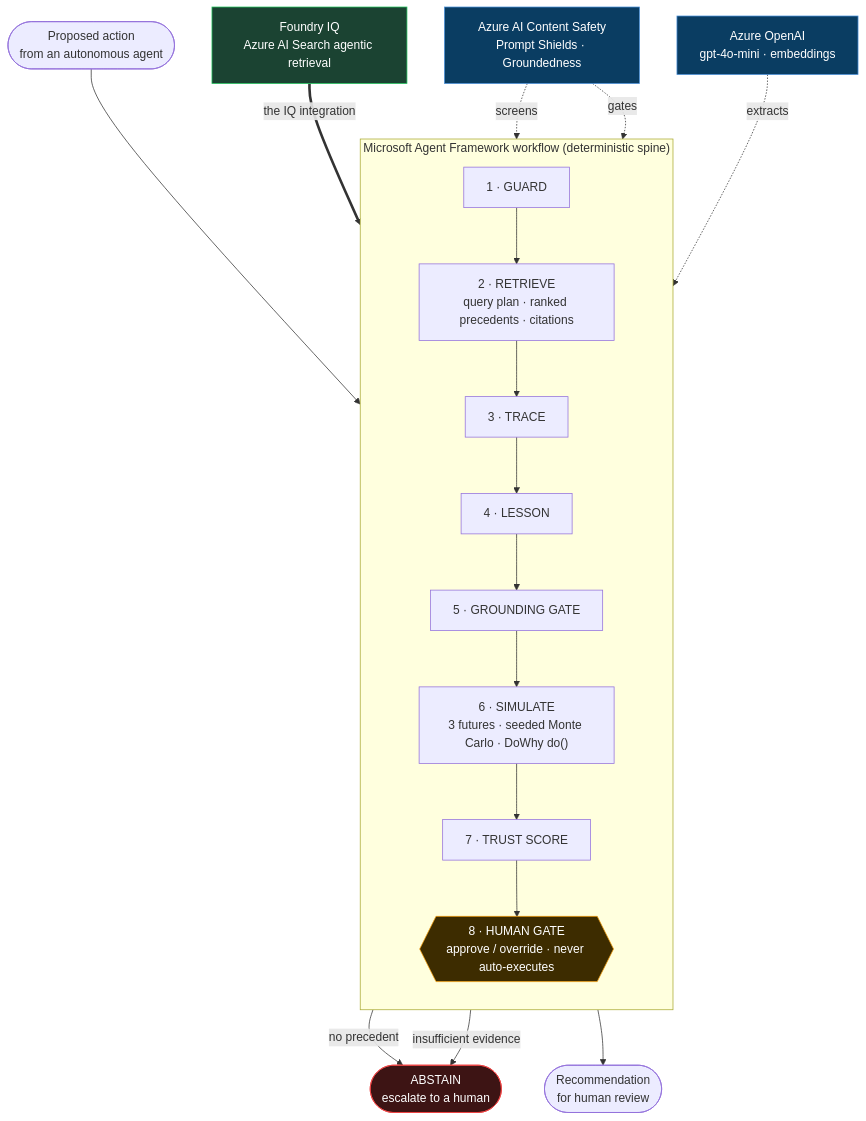
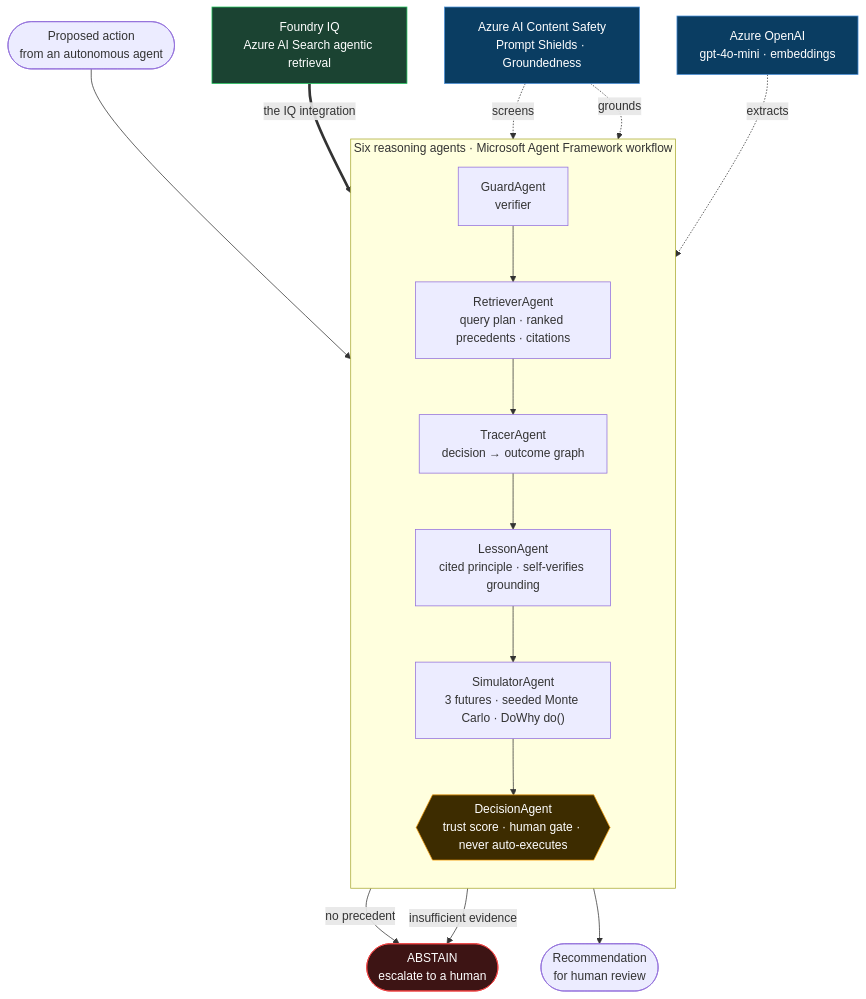
Before and after one commit to vighriday/janus: the diagram in README.md, drawn with Mermaid. The commit also changed other lines of this file and 4 other files, not shown here.

First line of the commit message:
Name the six reasoning agents and frame JANUS as a multi-agent system

````diff
--- a/README.md
+++ b/README.md
@@ -96,39 +104,37 @@
 ```mermaid
 flowchart TD
     A([Proposed action<br/>from an autonomous agent]) --> G
 
-    subgraph spine["Microsoft Agent Framework workflow (deterministic spine)"]
+    subgraph spine["Six reasoning agents · Microsoft Agent Framework workflow"]
         direction TB
-        G["1 · GUARD"]
-        R["2 · RETRIEVE<br/>query plan · ranked precedents · citations"]
-        T["3 · TRACE"]
-        L["4 · LESSON"]
-        GR["5 · GROUNDING GATE"]
-        SIM["6 · SIMULATE<br/>3 futures · seeded Monte Carlo · DoWhy do()"]
-        TR["7 · TRUST SCORE"]
-        H{{"8 · HUMAN GATE<br/>approve / override · never auto-executes"}}
-        G --> R --> T --> L --> GR --> SIM --> TR --> H
+        G["GuardAgent<br/>verifier"]
+        R["RetrieverAgent<br/>query plan · ranked precedents · citations"]
+        T["TracerAgent<br/>decision → outcome graph"]
+        L["LessonAgent<br/>cited principle · self-verifies grounding"]
+        SIM["SimulatorAgent<br/>3 futures · seeded Monte Carlo · DoWhy do()"]
+        H{{"DecisionAgent<br/>trust score · human gate · never auto-executes"}}
+        G --> R --> T --> L --> SIM --> H
     end
 
     CS["Azure AI Content Safety<br/>Prompt Shields · Groundedness"]
     IQ["Foundry IQ<br/>Azure AI Search agentic retrieval"]
     AOAI["Azure OpenAI<br/>gpt-4o-mini · embeddings"]
 
     CS -. screens .-> G
     IQ == "the IQ integration" ==> R
     AOAI -. extracts .-> L
-    CS -. gates .-> GR
+    CS -. grounds .-> L
 
     R -- "no precedent" --> AB([ABSTAIN<br/>escalate to a human])
     L -- "insufficient evidence" --> AB
     H --> OUT([Recommendation<br/>for human review])
 
     classDef azure fill:#0a3d62,stroke:#4a90d9,color:#fff;
     classDef iq fill:#1b4332,stroke:#22c55e,color:#fff;
     classDef gate fill:#3d2c00,stroke:#f59e0b,color:#fff;
     classDef abstain fill:#3d1414,stroke:#ef4444,color:#fff;
     class CS,AOAI azure;
     class IQ iq;
     class H gate;
     class AB abstain;
 ```
````
